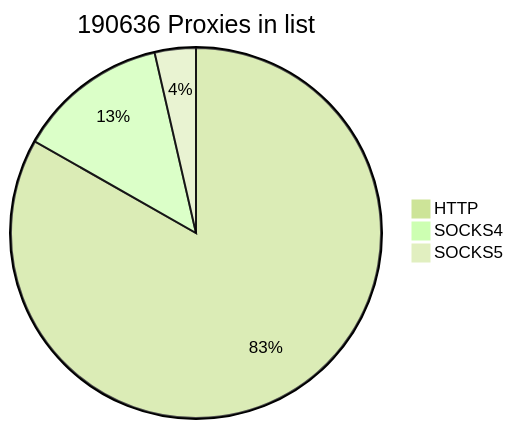
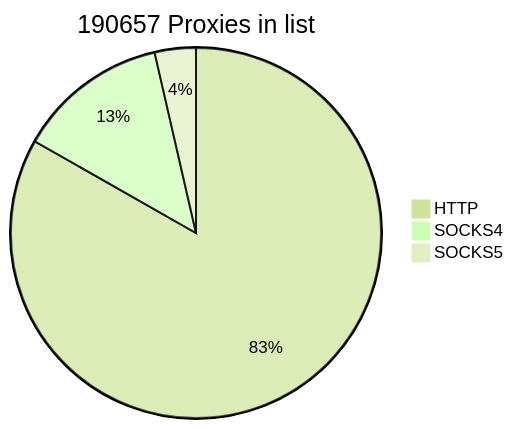
The first of 2 diagrams in README.md (cutipu/proxylist), drawn with Mermaid (forest theme) before and after one commit. The commit also changed other lines of this file, not shown here.

````diff
--- a/README.md
+++ b/README.md
@@ -2,7 +2,7 @@
 ```mermaid
-pie title 190636 Proxies in list
-    "HTTP" : 158654
+pie title 190657 Proxies in list
+    "HTTP" : 158673
     "SOCKS4" : 25136
-    "SOCKS5" : 6846
+    "SOCKS5" : 6848
             
 ```
````
